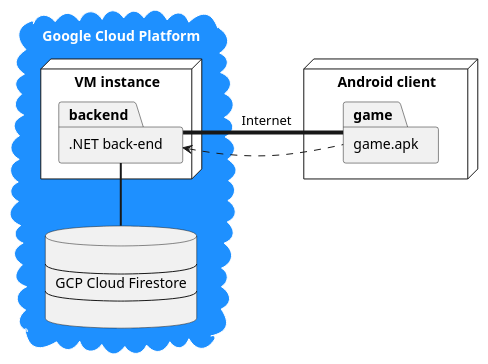
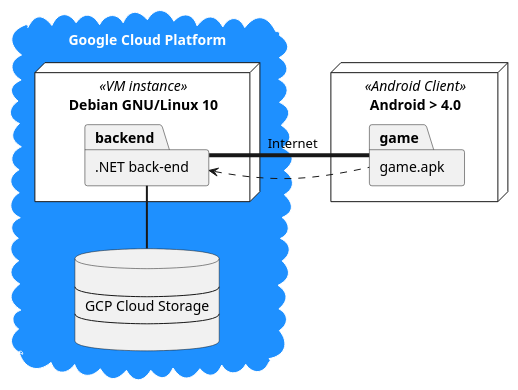
Before and after one commit to SWA-group-1/PlantUML: the diagram in Physical/Deployment/Deployed.puml, drawn with PlantUML. The commit also changed 1 other file, not shown here.

```diff
--- a/Physical/Deployment/Deployed.puml
+++ b/Physical/Deployment/Deployed.puml
@@ -1,29 +1,29 @@
 @startuml
 'https://plantuml.com/deployment-diagram
 
-node "Android client" {
+node "Android > 4.0" <<Android Client>> {
     package game as "game.apk"
 }
 
 cloud "Google Cloud Platform" #DodgerBlue;line:White;text:White {
-    node "VM instance" #White {
+    node "Debian GNU/Linux 10" <<VM instance>> #White {
         package backend [
             .NET back-end
         ]
     }
 
     database firestore [
 
 ----
-GCP Cloud Firestore
+GCP Cloud Storage
 ----
 
     ]
 
     backend -[thickness=2]- firestore
 }
 
 backend -[thickness=4]right- game : "            Internet          "
 backend <.right. game : "             "
 
 @enduml
```
